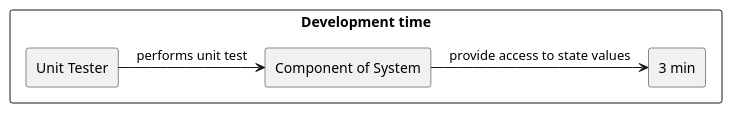
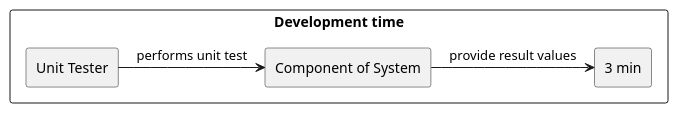
Before and after one commit to USI-MSDE-SA-2022/software-architecture-model-tmshts: the fourth of 12 diagrams in src/sa/model/index.md, drawn with PlantUML. The commit also changed other lines of this file, not shown here.

````diff
--- a/src/sa/model/index.md
+++ b/src/sa/model/index.md
@@ -327,20 +321,20 @@
 ```puml
 @startuml
 
 skinparam componentStyle rectangle
 skinparam monochrome true
 skinparam shadowing false
 
 rectangle "Development time" {
 
 rectangle "Unit Tester" as Source
 rectangle "3 min" as Measure
 
 Source -> [Component of System] : "performs unit test"
 
-[Component of System] -> [Measure] : "provide access to state values"
+[Component of System] -> [Measure] : "provide result values"
 
 }
 
 @enduml
 ```
````
